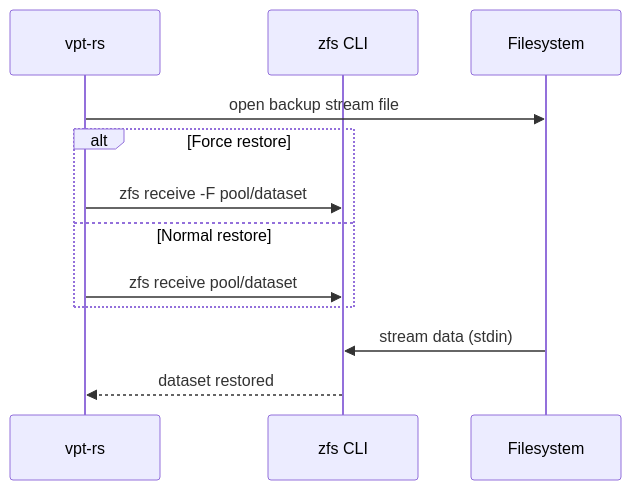
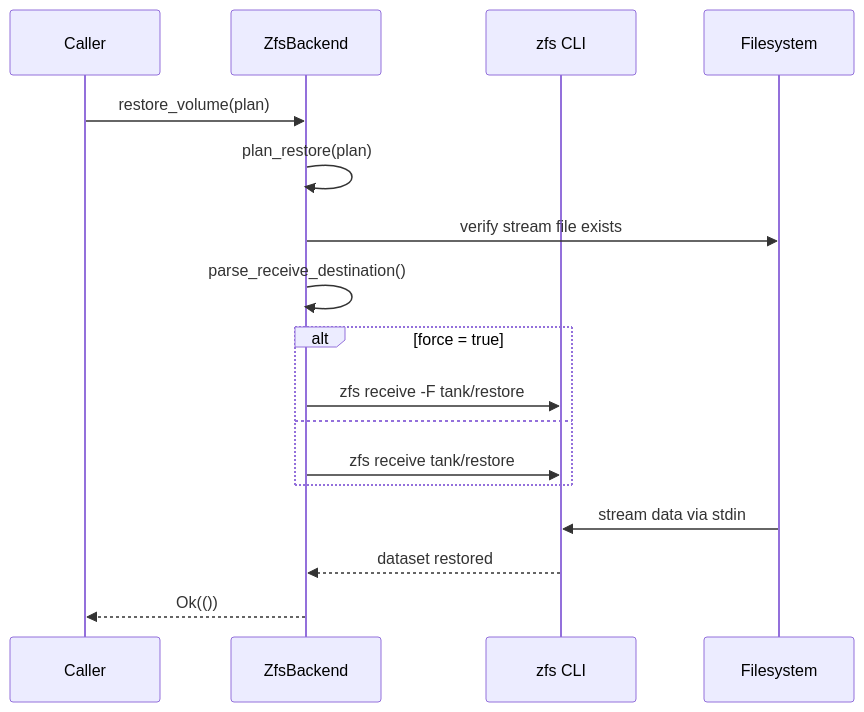
The fourth of 5 diagrams in wiki/docs/providers/zfs.md (XUranus/vpt-rs), drawn with Mermaid before and after one commit. The commit also changed other lines of this file and 52 other files, not shown here.

First line of the commit message:
Enhance wiki: mermaid rendering, detailed content, i18n (zh-Hans)

````diff
--- a/wiki/docs/providers/zfs.md
+++ b/wiki/docs/providers/zfs.md
@@ -176,17 +555,22 @@
 ```mermaid
 sequenceDiagram
-    participant App as vpt-rs
+    participant Caller
+    participant Backend as ZfsBackend
     participant ZFS as zfs CLI
     participant FS as Filesystem
 
-    App->>FS: open backup stream file
+    Caller->>Backend: restore_volume(plan)
+    Backend->>Backend: plan_restore(plan)
+    Backend->>FS: verify stream file exists
+    Backend->>Backend: parse_receive_destination()
 
-    alt Force restore
-        App->>ZFS: zfs receive -F pool/dataset
-    else Normal restore
-        App->>ZFS: zfs receive pool/dataset
+    alt force = true
+        Backend->>ZFS: zfs receive -F tank/restore
+    else
+        Backend->>ZFS: zfs receive tank/restore
     end
 
-    FS->>ZFS: stream data (stdin)
-    ZFS-->>App: dataset restored
+    FS->>ZFS: stream data via stdin
+    ZFS-->>Backend: dataset restored
+    Backend-->>Caller: Ok(())
 ```
````
